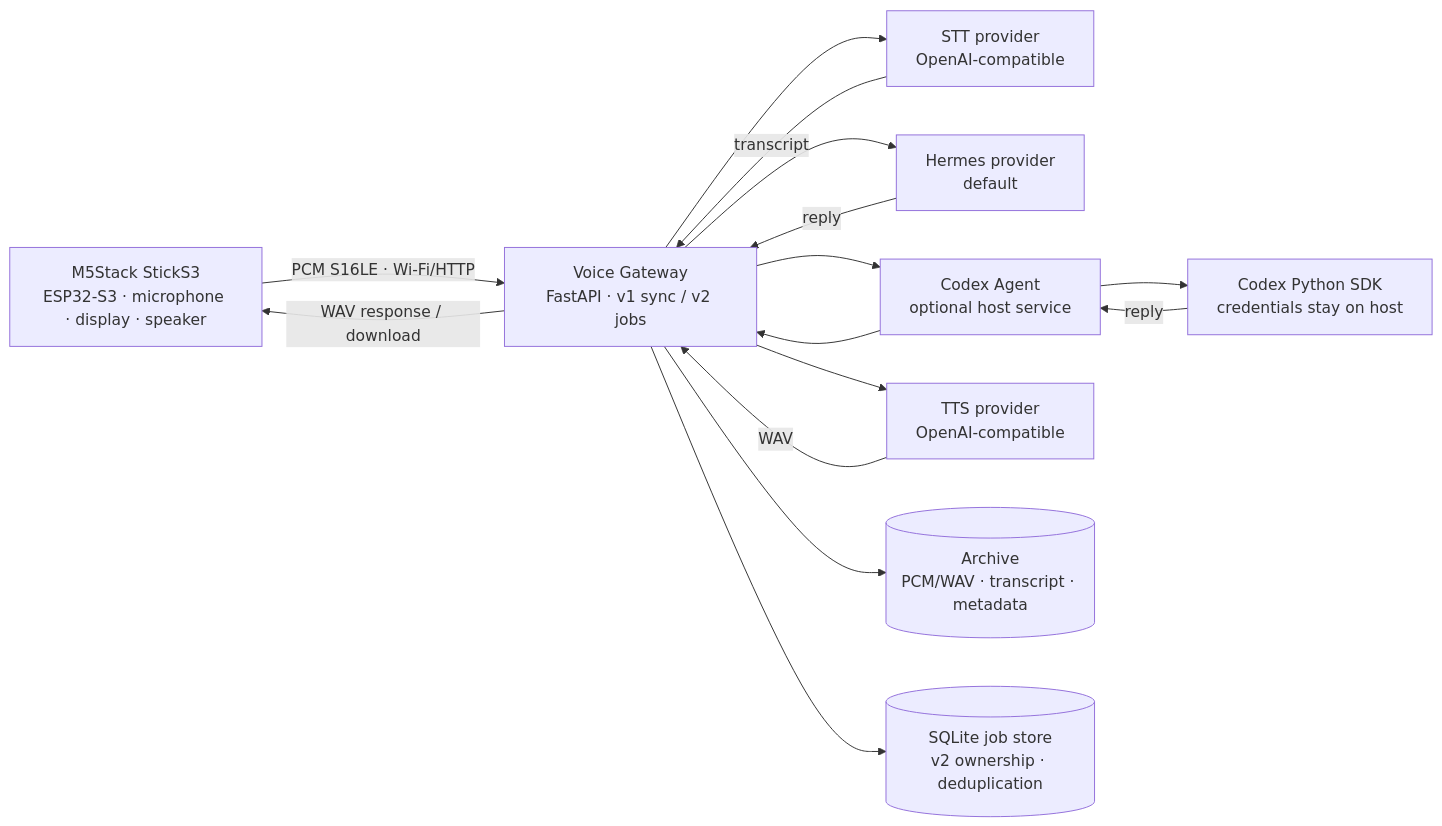
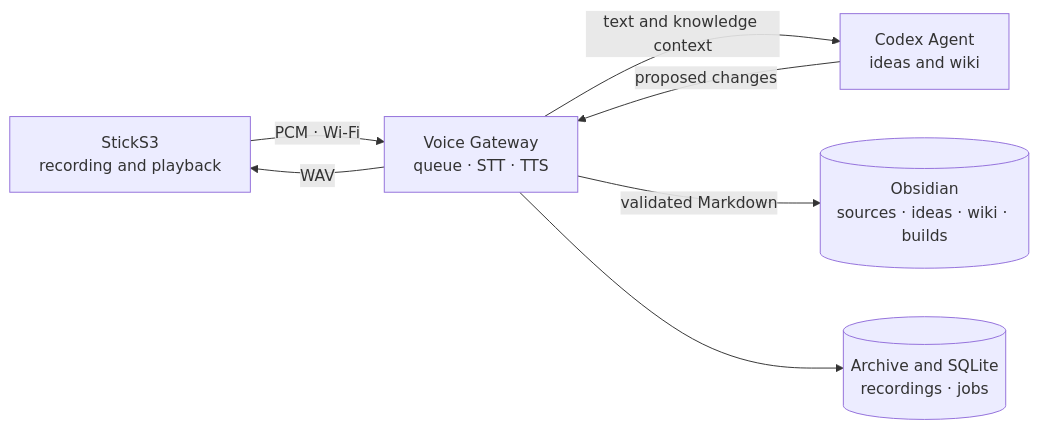
Before and after one commit to pastukhov/zateya: the first of 2 diagrams in docs/en/architecture.md, drawn with Mermaid. The commit also changed other lines of this file and 42 other files, not shown here.

Commit message:
refactor: use one unversioned voice API and current Zateya docs

````diff
--- a/docs/en/architecture.md
+++ b/docs/en/architecture.md
@@ -9,26 +9,14 @@
 ```mermaid
 flowchart LR
-    D["M5Stack StickS3<br/>ESP32-S3 · microphone · display · speaker"]
-    G["Voice Gateway<br/>FastAPI · v1 sync / v2 jobs"]
-    S["STT provider<br/>OpenAI-compatible"]
-    H["Hermes provider<br/>default"]
-    C["Codex Agent<br/>optional host service"]
-    SDK["Codex Python SDK<br/>credentials stay on host"]
-    T["TTS provider<br/>OpenAI-compatible"]
-    A[("Archive<br/>PCM/WAV · transcript · metadata")]
-    J[("SQLite job store<br/>v2 ownership · deduplication")]
-    D -->|"PCM S16LE · Wi-Fi/HTTP"| G
-    G --> S
-    S -->|transcript| G
-    G --> H
-    G --> C
-    C --> SDK
-    H -->|reply| G
-    SDK -->|reply| C
-    C --> G
-    G --> T
-    T -->|WAV| G
-    G -->|"WAV response / download"| D
+    D["StickS3<br/>recording and playback"]
+    G["Voice Gateway<br/>queue · STT · TTS"]
+    C["Codex Agent<br/>ideas and wiki"]
+    O[("Obsidian<br/>sources · ideas · wiki · builds")]
+    A[("Archive and SQLite<br/>recordings · jobs")]
+    D -->|"PCM · Wi-Fi"| G
+    G -->|"text and knowledge context"| C
+    C -->|"proposed changes"| G
+    G -->|"validated Markdown"| O
+    G -->|"WAV"| D
     G --> A
-    G --> J
 ```
````
